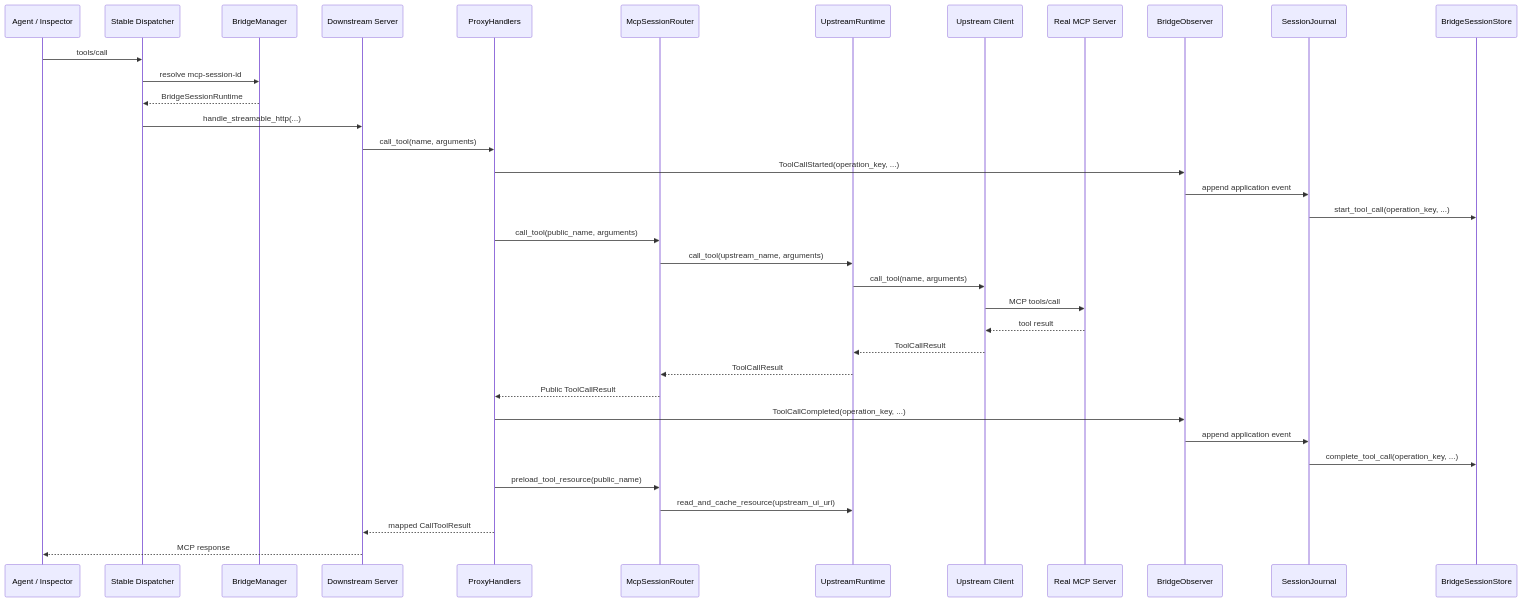
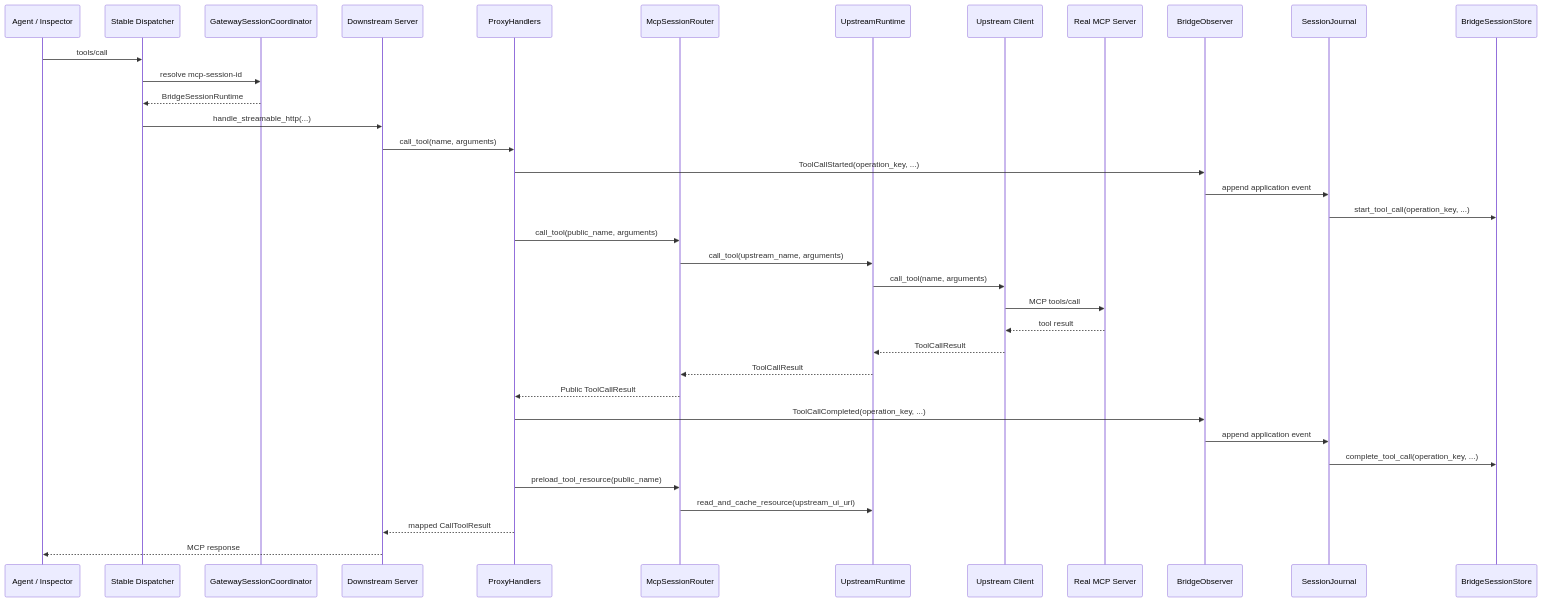
Before and after one commit to JilongSun/mcpapps-bridge: the third of 4 diagrams in docs/architecture/mcp-layer.md, drawn with Mermaid. The commit also changed other lines of this file and 84 other files, not shown here.

````diff
--- a/docs/architecture/mcp-layer.md
+++ b/docs/architecture/mcp-layer.md
@@ -244,39 +245,39 @@
 ```mermaid
 sequenceDiagram
     participant Client as Agent / Inspector
     participant API as Stable Dispatcher
-    participant Manager as BridgeManager
+    participant Coordinator as GatewaySessionCoordinator
     participant DS as Downstream Server
     participant H as ProxyHandlers
     participant Router as McpSessionRouter
     participant RT as UpstreamRuntime
     participant UP as Upstream Client
     participant Real as Real MCP Server
     participant Observer as BridgeObserver
     participant Journal as SessionJournal
     participant Store as BridgeSessionStore
 
     Client->>API: tools/call
-    API->>Manager: resolve mcp-session-id
-    Manager-->>API: BridgeSessionRuntime
+    API->>Coordinator: resolve mcp-session-id
+    Coordinator-->>API: BridgeSessionRuntime
     API->>DS: handle_streamable_http(...)
     DS->>H: call_tool(name, arguments)
     H->>Observer: ToolCallStarted(operation_key, ...)
     Observer->>Journal: append application event
     Journal->>Store: start_tool_call(operation_key, ...)
     H->>Router: call_tool(public_name, arguments)
     Router->>RT: call_tool(upstream_name, arguments)
     RT->>UP: call_tool(name, arguments)
     UP->>Real: MCP tools/call
     Real-->>UP: tool result
     UP-->>RT: ToolCallResult
     RT-->>Router: ToolCallResult
     Router-->>H: Public ToolCallResult
     H->>Observer: ToolCallCompleted(operation_key, ...)
     Observer->>Journal: append application event
     Journal->>Store: complete_tool_call(operation_key, ...)
     H->>Router: preload_tool_resource(public_name)
     Router->>RT: read_and_cache_resource(upstream_ui_uri)
     H-->>DS: mapped CallToolResult
     DS-->>Client: MCP response
 ```
````
